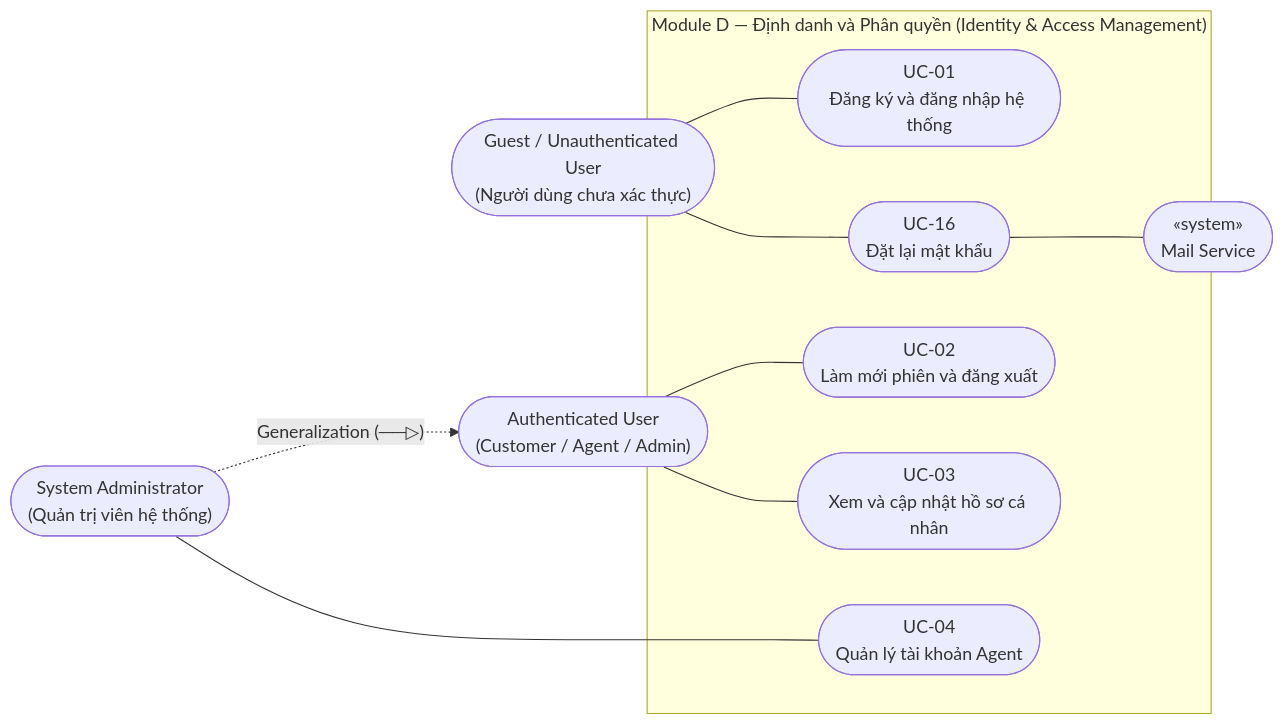
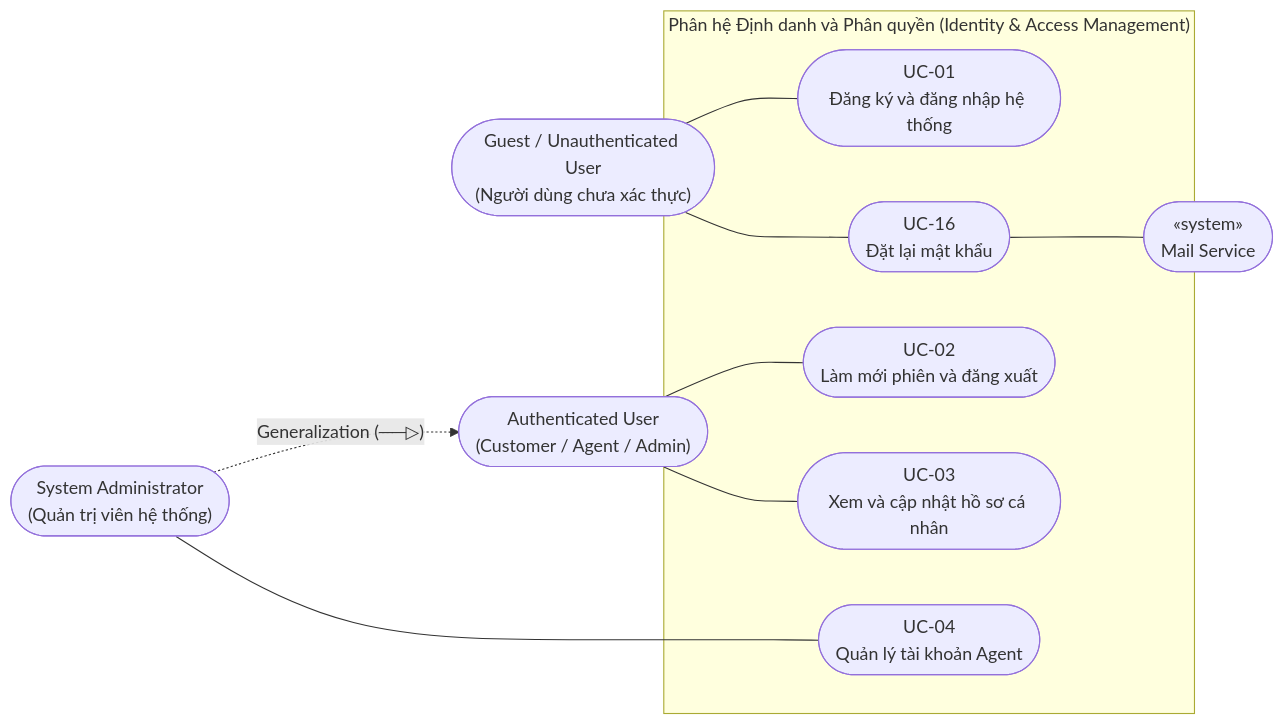
The fifth of 9 diagrams in PLAN_TEMPLATE1_AND_DEVELOPMENT.md (thanhbinh55/AI-Powered-Helpdesk-Knowledge-Base), drawn with Mermaid before and after one commit. The commit also changed other lines of this file and 30 other files, not shown here.

````diff
--- a/PLAN_TEMPLATE1_AND_DEVELOPMENT.md
+++ b/PLAN_TEMPLATE1_AND_DEVELOPMENT.md
@@ -1415,26 +1417,26 @@
 ```mermaid
 flowchart LR
     Guest(["Guest / Unauthenticated User\n(Người dùng chưa xác thực)"])
     AuthUser(["Authenticated User\n(Customer / Agent / Admin)"])
     Admin(["System Administrator\n(Quản trị viên hệ thống)"])
     MailService(["«system»\nMail Service"])
 
     Admin -.->|"Generalization (──▷)"| AuthUser
 
-    subgraph Mod_Identity["Module D — Định danh và Phân quyền (Identity & Access Management)"]
+    subgraph Mod_Identity["Phân hệ Định danh và Phân quyền (Identity & Access Management)"]
         UC01(["UC-01\nĐăng ký và đăng nhập hệ thống"])
         UC16(["UC-16\nĐặt lại mật khẩu"])
         UC02(["UC-02\nLàm mới phiên và đăng xuất"])
         UC03(["UC-03\nXem và cập nhật hồ sơ cá nhân"])
         UC04(["UC-04\nQuản lý tài khoản Agent"])
     end
 
     Guest --- UC01
     Guest --- UC16
     UC16 --- MailService
 
     AuthUser --- UC02
     AuthUser --- UC03
 
     Admin --- UC04
 ```
````
